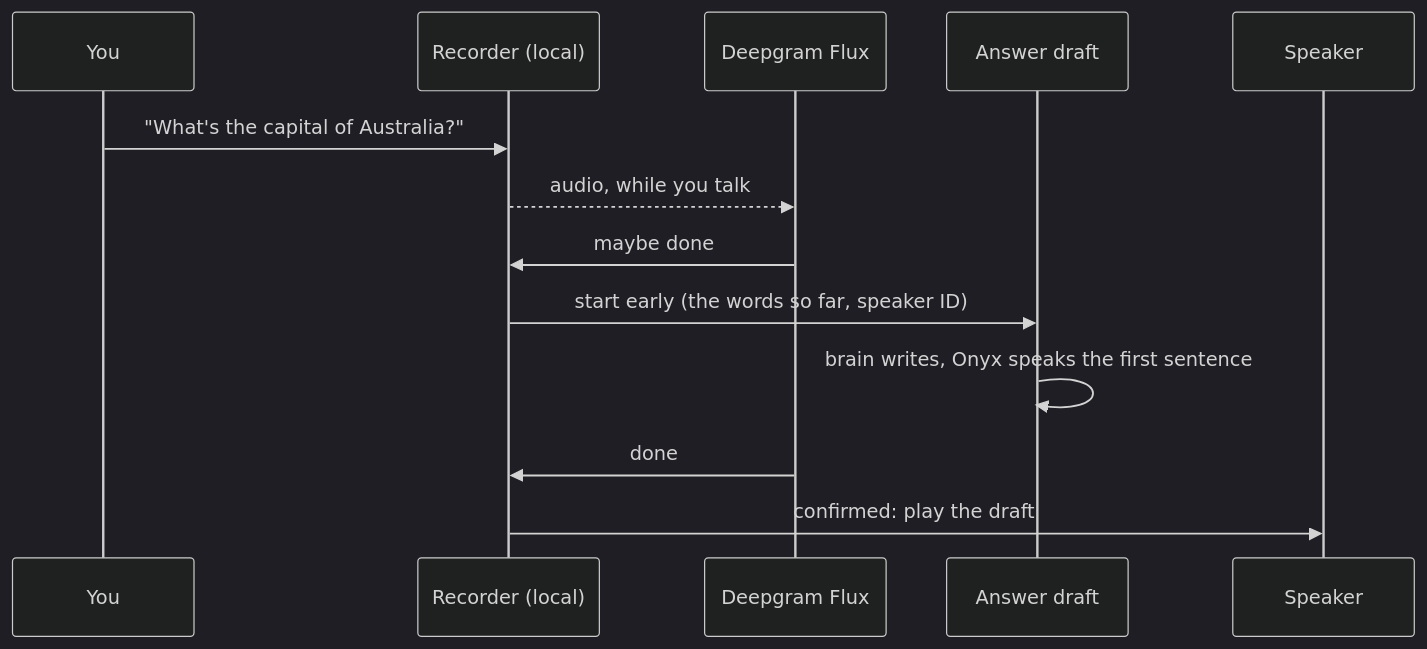
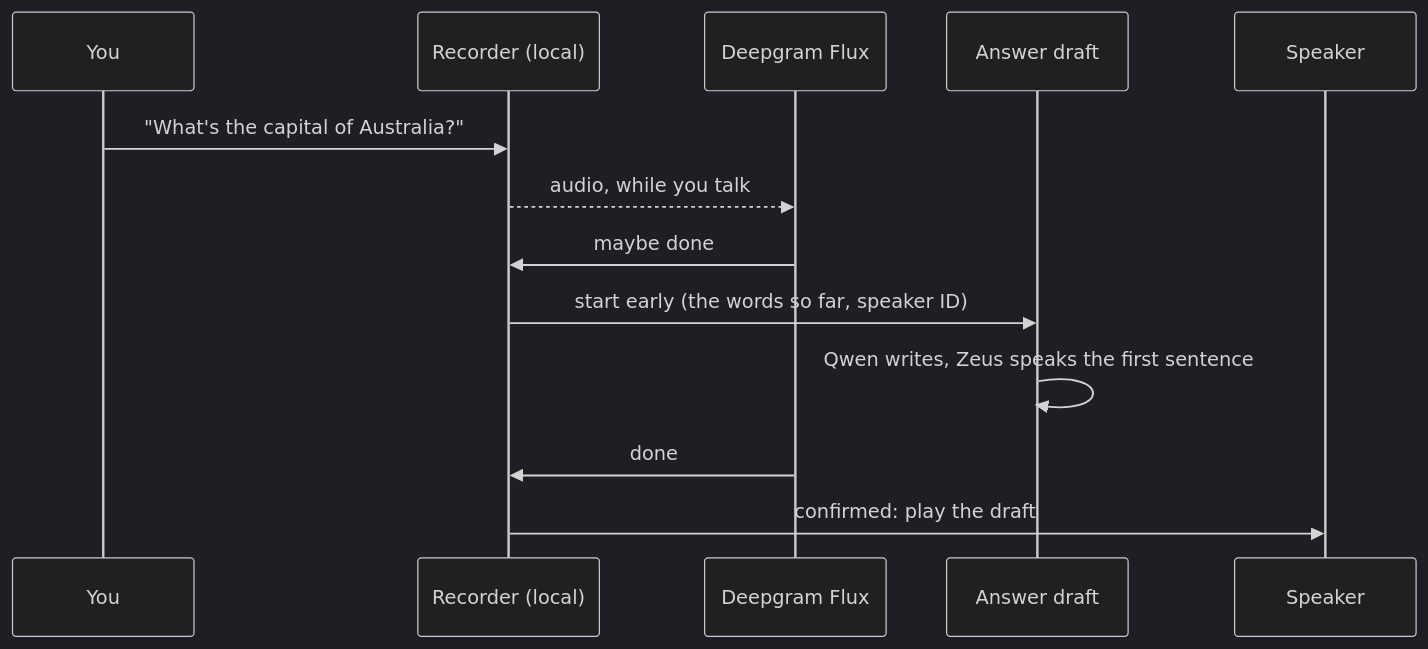
One commit to alon-pilosoph/tars changed the diagram in docs/latency.md. Above: the diagram before and after it, drawn with Mermaid (dark theme). The commit also changed other lines of this file and 28 other files, not shown here.

````diff
--- a/docs/latency.md
+++ b/docs/latency.md
@@ -24,15 +22,15 @@
 ```mermaid
 sequenceDiagram
     participant You
     participant Rec as Recorder (local)
     participant DG as Deepgram Flux
     participant Draft as Answer draft
     participant Out as Speaker
     You->>Rec: "What's the capital of Australia?"
     Rec-->>DG: audio, while you talk
     DG->>Rec: maybe done
     Rec->>Draft: start early (the words so far, speaker ID)
-    Draft->>Draft: brain writes, Onyx speaks the first sentence
+    Draft->>Draft: Qwen writes, Zeus speaks the first sentence
     DG->>Rec: done
     Rec->>Out: confirmed: play the draft
 ```
````
